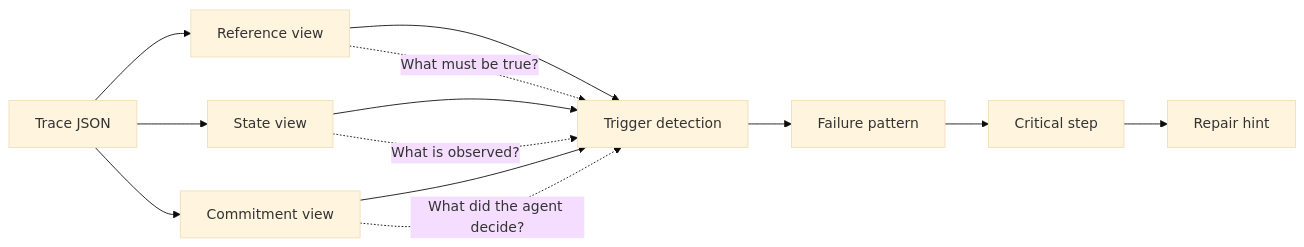
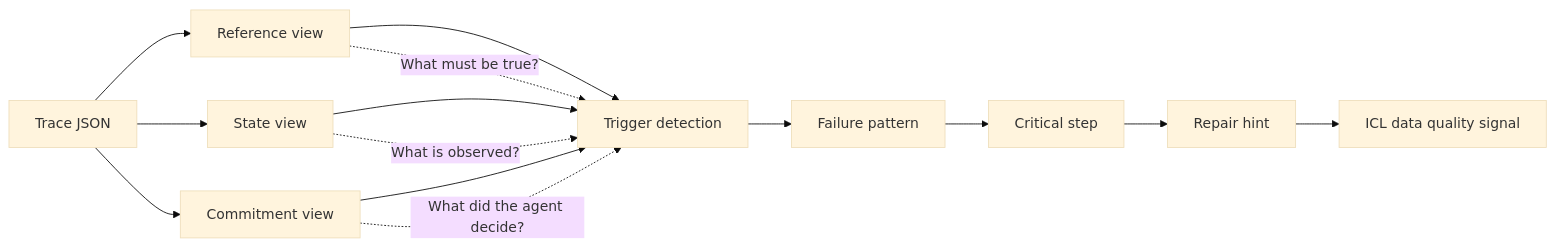
One commit to lwhere1314/Harness-TrajecDebug changed the diagram in docs/framework.md. Above: the diagram before and after it, drawn with Mermaid (base theme). The commit also changed other lines of this file and 2 other files, not shown here.

Commit message:
Clarify ICL data selection roadmap

````diff
--- a/docs/framework.md
+++ b/docs/framework.md
@@ -5,18 +7,19 @@
 ```mermaid
 flowchart LR
   T["Trace JSON"] --> R["Reference view"]
   T --> S["State view"]
   T --> C["Commitment view"]
 
   R --> D["Trigger detection"]
   S --> D
   C --> D
 
   D --> F["Failure pattern"]
   F --> K["Critical step"]
   K --> H["Repair hint"]
+  H --> Q["ICL data quality signal"]
 
   R -. "What must be true?" .-> D
   S -. "What is observed?" .-> D
   C -. "What did the agent decide?" .-> D
 ```
````
